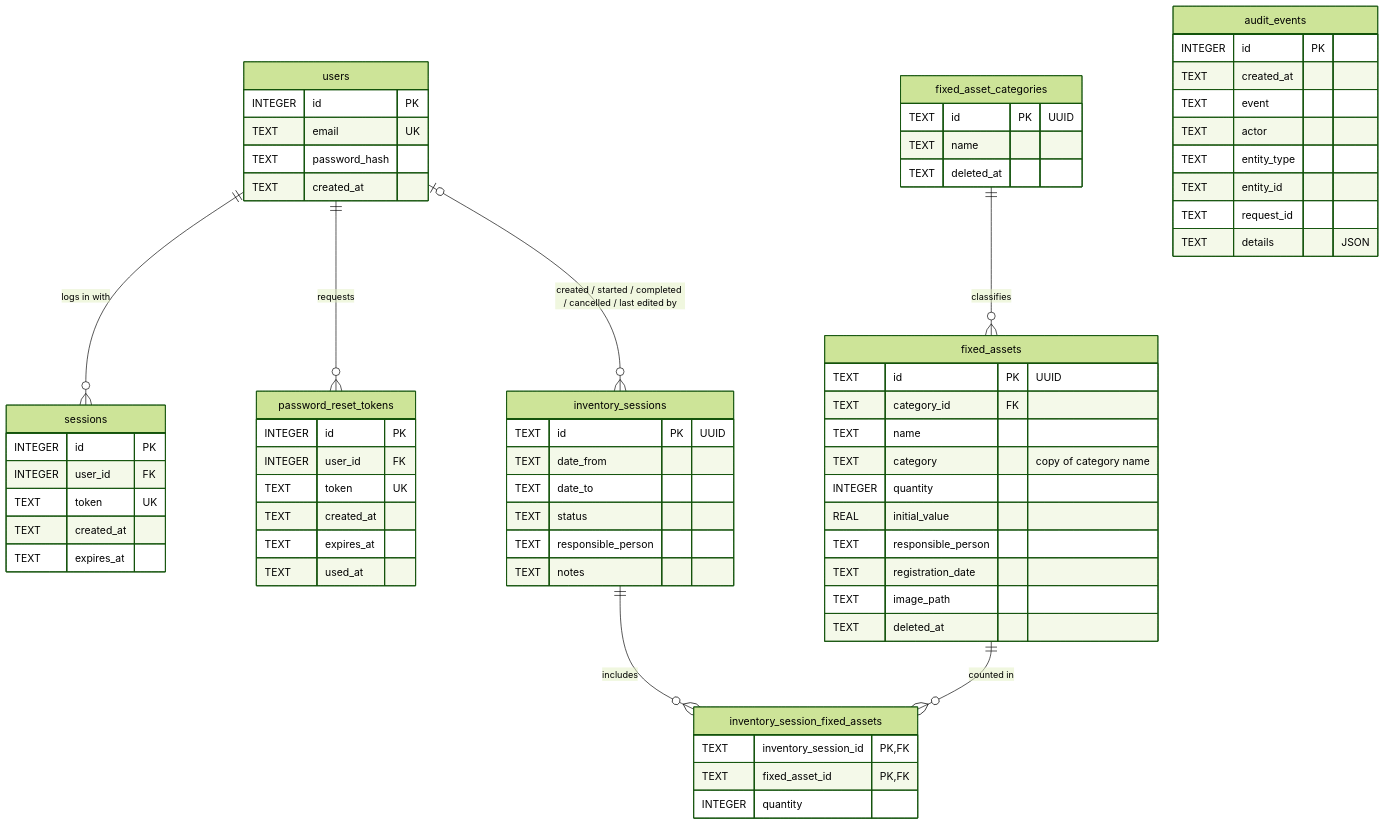
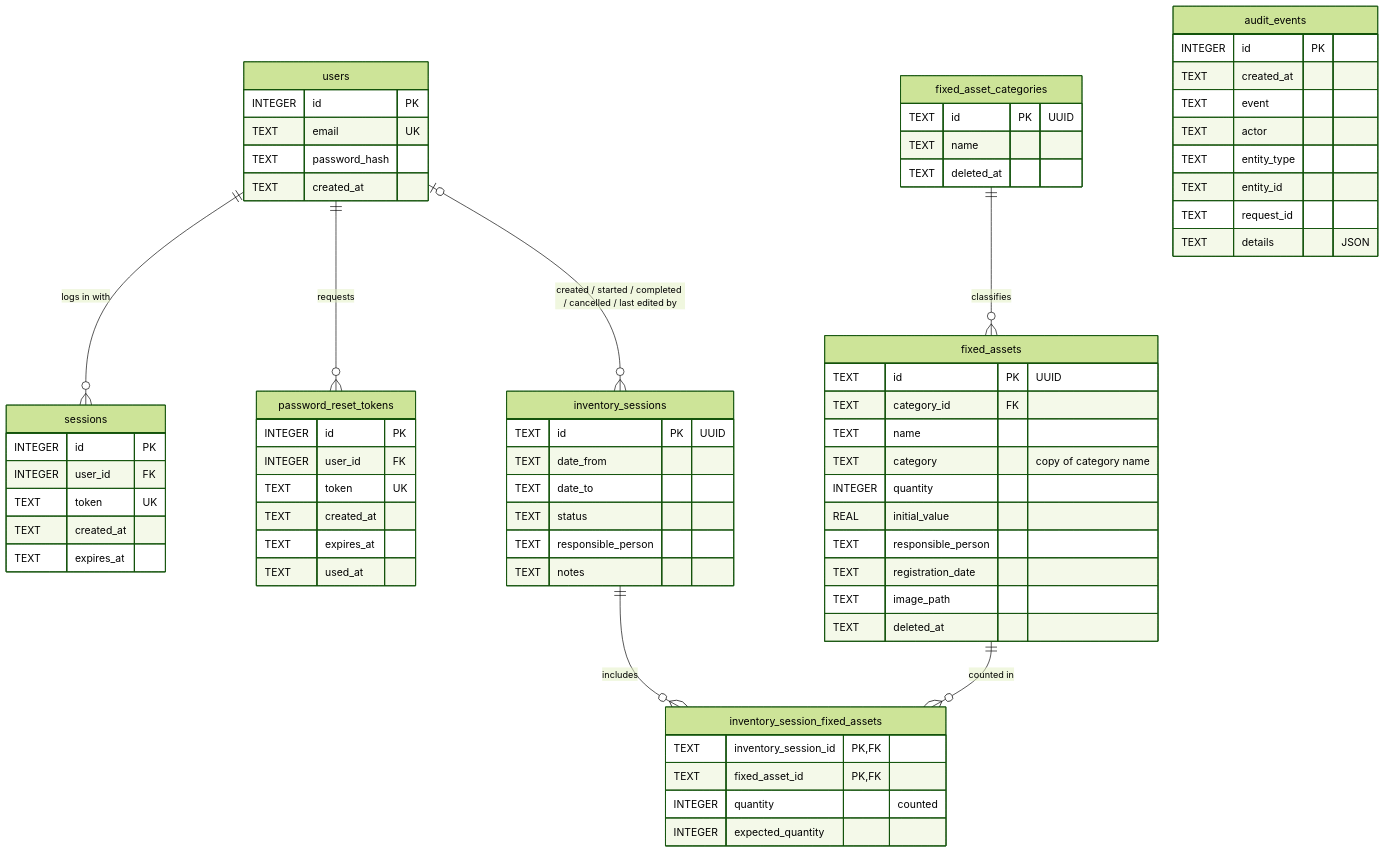
The diagram in docs/DATABASE.md (andris-k/AI-Hackaton), drawn with Mermaid (forest theme) before and after one commit. The commit also changed other lines of this file and 8 other files, not shown here.

````diff
--- a/docs/DATABASE.md
+++ b/docs/DATABASE.md
@@ -16,71 +16,72 @@
 ```mermaid
 erDiagram
     users ||--o{ sessions : "logs in with"
     users ||--o{ password_reset_tokens : "requests"
     users |o--o{ inventory_sessions : "created / started / completed / cancelled / last edited by"
     fixed_asset_categories ||--o{ fixed_assets : "classifies"
     inventory_sessions ||--o{ inventory_session_fixed_assets : "includes"
     fixed_assets ||--o{ inventory_session_fixed_assets : "counted in"
 
     users {
         INTEGER id PK
         TEXT email UK
         TEXT password_hash
         TEXT created_at
     }
     sessions {
         INTEGER id PK
         INTEGER user_id FK
         TEXT token UK
         TEXT created_at
         TEXT expires_at
     }
     password_reset_tokens {
         INTEGER id PK
         INTEGER user_id FK
         TEXT token UK
         TEXT created_at
         TEXT expires_at
         TEXT used_at
     }
     fixed_asset_categories {
         TEXT id PK "UUID"
         TEXT name
         TEXT deleted_at
     }
     fixed_assets {
         TEXT id PK "UUID"
         TEXT category_id FK
         TEXT name
         TEXT category "copy of category name"
         INTEGER quantity
         REAL initial_value
         TEXT responsible_person
         TEXT registration_date
         TEXT image_path
         TEXT deleted_at
     }
     inventory_sessions {
         TEXT id PK "UUID"
         TEXT date_from
         TEXT date_to
         TEXT status
         TEXT responsible_person
         TEXT notes
     }
     inventory_session_fixed_assets {
         TEXT inventory_session_id PK, FK
         TEXT fixed_asset_id PK, FK
-        INTEGER quantity
+        INTEGER quantity "counted"
+        INTEGER expected_quantity
     }
     audit_events {
         INTEGER id PK
         TEXT created_at
         TEXT event
         TEXT actor
         TEXT entity_type
         TEXT entity_id
         TEXT request_id
         TEXT details "JSON"
     }
 ```
````
